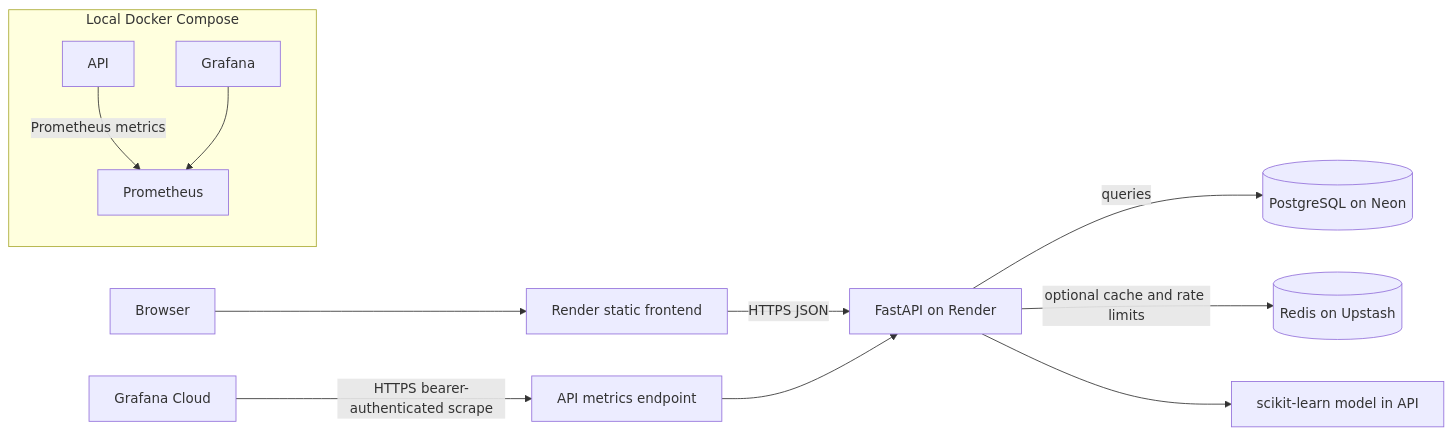
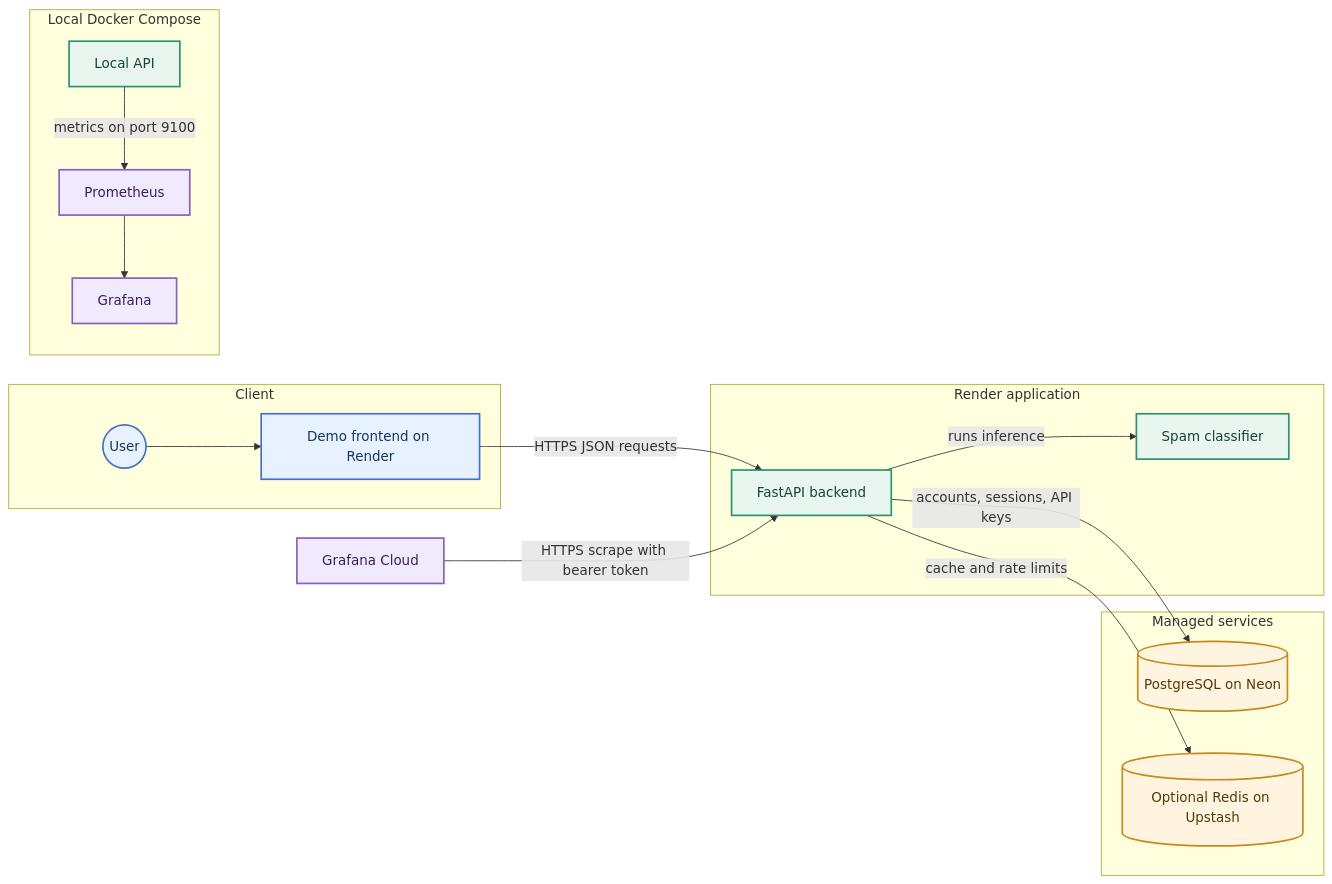
Before and after one commit to applejuice8/spam-detection-api: the diagram in README.md, drawn with Mermaid.

Commit message:
Style README architecture diagram

````diff
--- a/README.md
+++ b/README.md
@@ -19,15 +19,41 @@
 ```mermaid
 flowchart LR
-    browser[Browser] --> frontend[Render static frontend]
-    frontend -->|HTTPS JSON| api[FastAPI on Render]
-    api -->|queries| postgres[(PostgreSQL on Neon)]
-    api -->|optional cache and rate limits| redis[(Redis on Upstash)]
-    api --> model[scikit-learn model in API]
-    grafana[Grafana Cloud] -->|HTTPS bearer-authenticated scrape| metrics[API metrics endpoint]
-    metrics --> api
+    subgraph client[Client]
+        user((User))
+        frontend[Demo frontend on Render]
+        user --> frontend
+    end
 
-    subgraph local_compose[Local Docker Compose]
-        local_api[API] -->|Prometheus metrics| prometheus[Prometheus]
-        local_grafana[Grafana] --> prometheus
+    subgraph render[Render application]
+        api[FastAPI backend]
+        model[Spam classifier]
+        api -->|runs inference| model
     end
+
+    subgraph managed[Managed services]
+        postgres[(PostgreSQL on Neon)]
+        redis[(Optional Redis on Upstash)]
+    end
+
+    frontend -->|HTTPS JSON requests| api
+    api -->|accounts, sessions, API keys| postgres
+    api -->|cache and rate limits| redis
+    grafana[Grafana Cloud] -->|HTTPS scrape with bearer token| api
+
+    subgraph local[Local Docker Compose]
+        local_api[Local API]
+        prometheus[Prometheus]
+        local_grafana[Grafana]
+        local_api -->|metrics on port 9100| prometheus
+        prometheus --> local_grafana
+    end
+
+    classDef clientStyle fill:#e8f1ff,stroke:#4472c4,stroke-width:2px,color:#17365d;
+    classDef appStyle fill:#e8f6ef,stroke:#29936b,stroke-width:2px,color:#17452f;
+    classDef dataStyle fill:#fff4df,stroke:#c58a20,stroke-width:2px,color:#543b08;
+    classDef observeStyle fill:#f1eaff,stroke:#8760bd,stroke-width:2px,color:#38205d;
+    class user,frontend clientStyle;
+    class api,model,local_api appStyle;
+    class postgres,redis dataStyle;
+    class grafana,prometheus,local_grafana observeStyle;
 ```
````
